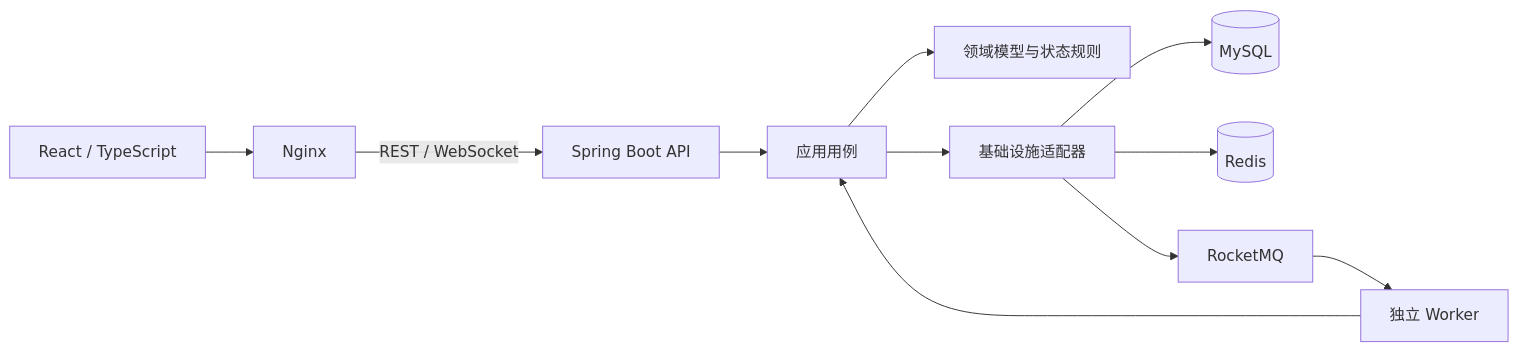
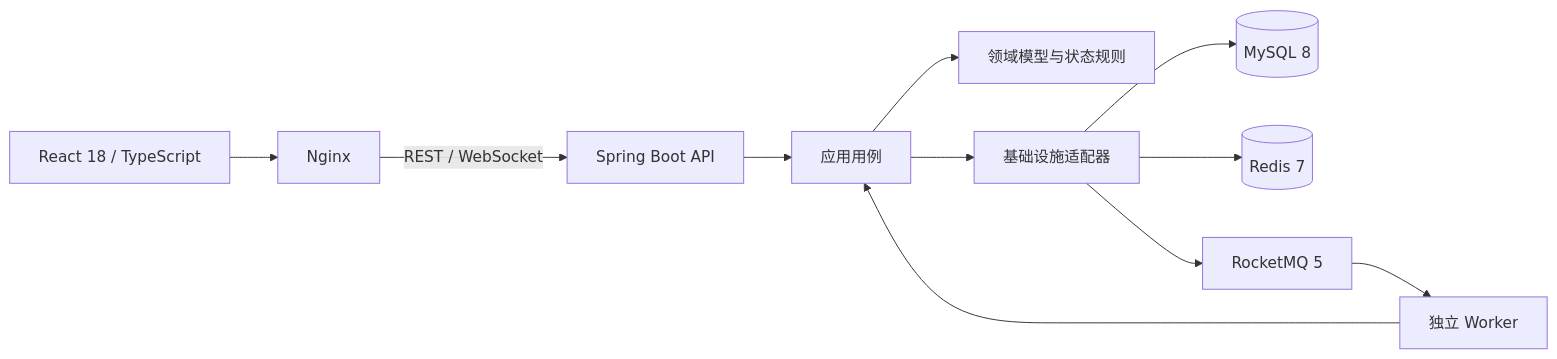
Before and after one commit to LittleSongxx/PeerGrab: the diagram in README.md, drawn with Mermaid. The commit also changed other lines of this file and 17 other files, not shown here.

````diff
--- a/README.md
+++ b/README.md
@@ -15,13 +88,13 @@
 ```mermaid
 flowchart LR
-    U[React / TypeScript] --> N[Nginx]
+    U[React 18 / TypeScript] --> N[Nginx]
     N -->|REST / WebSocket| P[Spring Boot API]
     P --> A[应用用例]
     A --> D[领域模型与状态规则]
     A --> I[基础设施适配器]
-    I --> M[(MySQL)]
-    I --> R[(Redis)]
-    I --> Q[RocketMQ]
+    I --> M[(MySQL 8)]
+    I --> R[(Redis 7)]
+    I --> Q[RocketMQ 5]
     Q --> W[独立 Worker]
     W --> A
 ```
````
